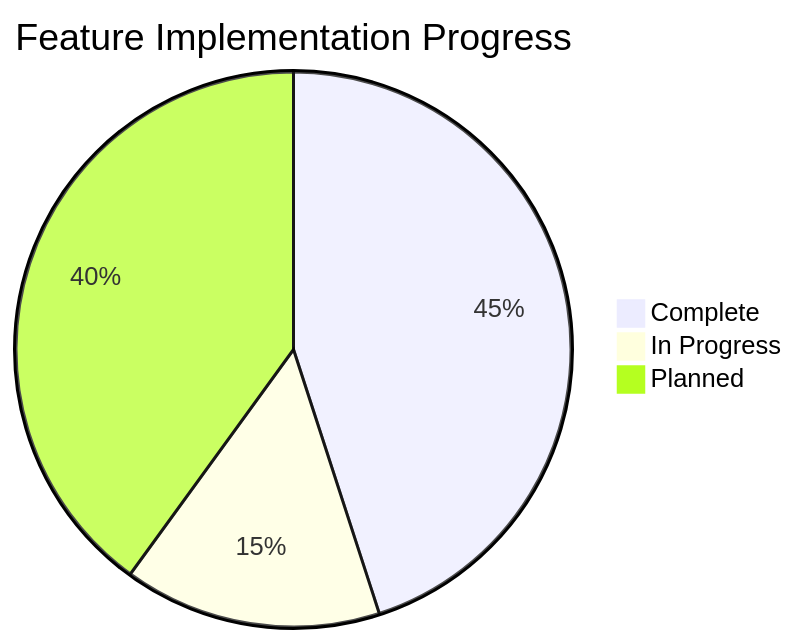
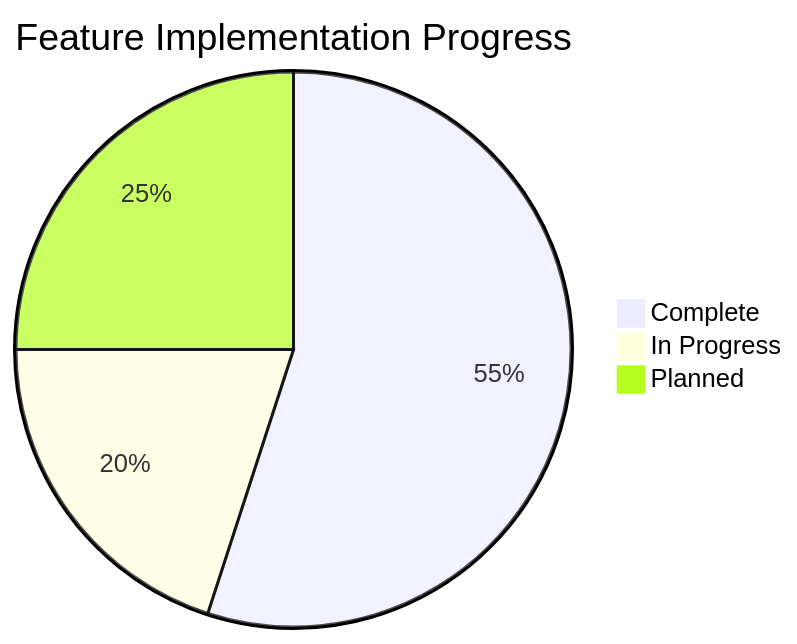
The third of 4 diagrams in README.md (ssdeanx/DeanmachinesAI), drawn with Mermaid before and after one commit. The commit also changed other lines of this file and 14 other files, not shown here.

````diff
--- a/README.md
+++ b/README.md
@@ -151,7 +171,7 @@
 ```mermaid
 pie
     title Feature Implementation Progress
-    "Complete" : 45
-    "In Progress" : 15
-    "Planned" : 40
+    "Complete" : 55
+    "In Progress" : 20
+    "Planned" : 25
 ```
````
